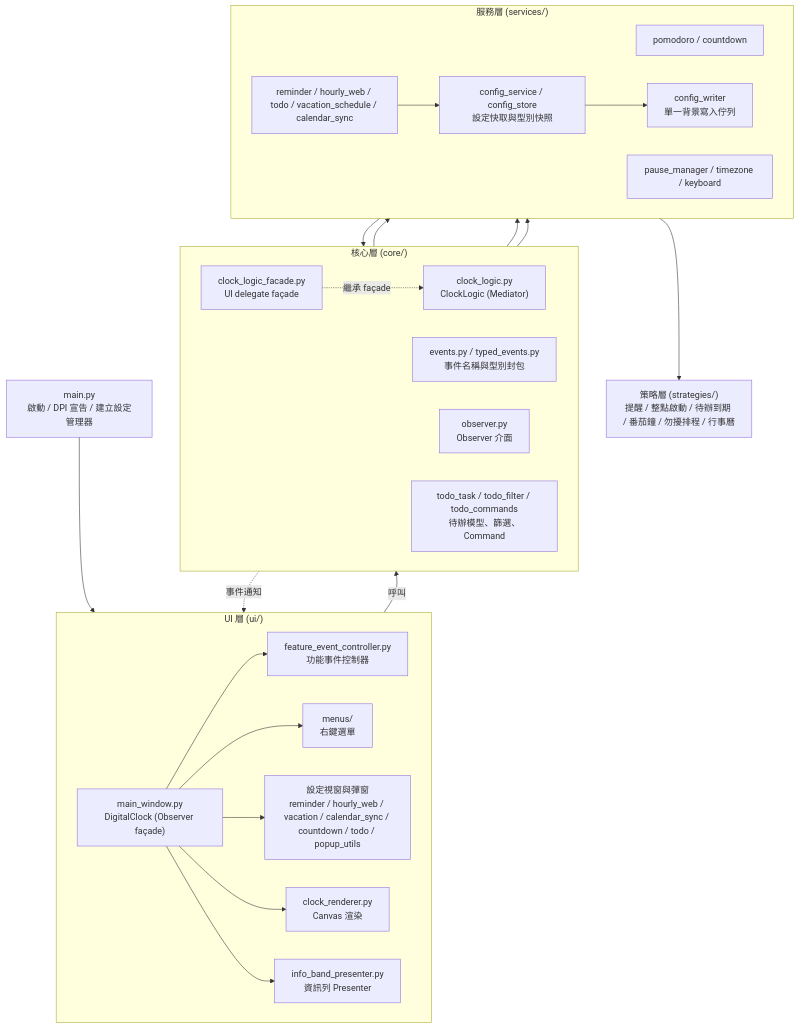
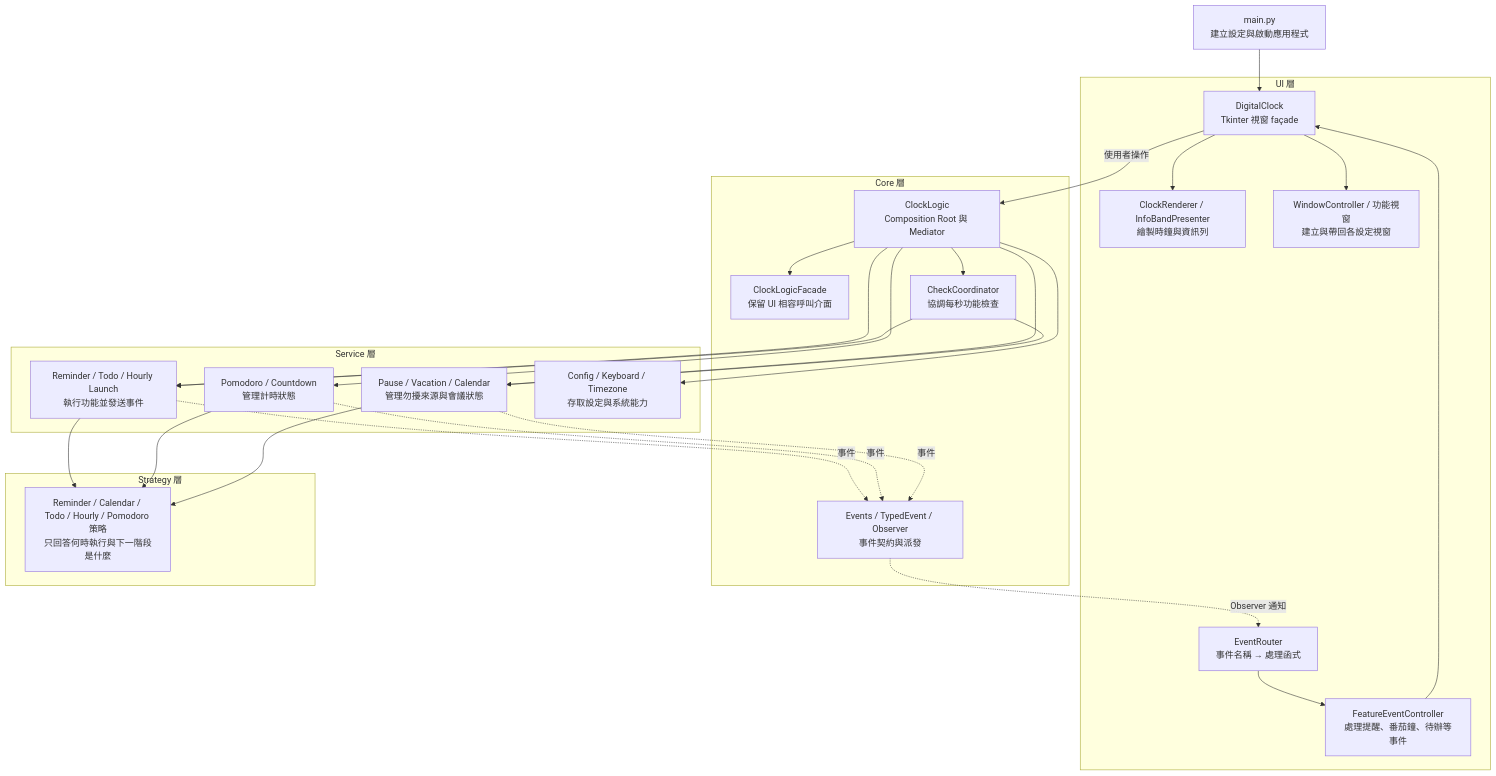
One commit to eric999j/digital_clock changed the diagram in docs/architecture.md. Above: the diagram before and after it, drawn with Mermaid. The commit also changed other lines of this file, not shown here.

````diff
--- a/docs/architecture.md
+++ b/docs/architecture.md
@@ -5,51 +31,52 @@
 ```mermaid
 flowchart TB
-    MAIN["main.py<br/>啟動 / DPI 宣告 / 建立設定管理器"]
+    MAIN["main.py<br/>建立設定與啟動應用程式"]
 
-    subgraph UI_Layer["UI 層 (ui/)"]
-        direction LR
-        WINDOW["main_window.py<br/>DigitalClock (Observer façade)"]
-        F_EVT["feature_event_controller.py<br/>功能事件控制器"]
-        RENDER["clock_renderer.py<br/>Canvas 渲染"]
-        INFO["info_band_presenter.py<br/>資訊列 Presenter"]
-        MENUS["menus/<br/>右鍵選單"]
-        DIALOGS["設定視窗與彈窗<br/>reminder / hourly_web / vacation / calendar_sync / countdown / todo / popup_utils"]
+    subgraph UI["UI 層"]
+        CLOCK["DigitalClock<br/>Tkinter 視窗 façade"]
+        ROUTER["EventRouter<br/>事件名稱 → 處理函式"]
+        EVENT["FeatureEventController<br/>處理提醒、番茄鐘、待辦等事件"]
+        RENDER["ClockRenderer / InfoBandPresenter<br/>繪製時鐘與資訊列"]
+        WINDOWS["WindowController / 功能視窗<br/>建立與帶回各設定視窗"]
     end
 
-    subgraph Core_Layer["核心層 (core/)"]
-        direction LR
-        LOGIC["clock_logic.py<br/>ClockLogic (Mediator)"]
-        FACADE["clock_logic_facade.py<br/>UI delegate façade"]
-        EVT["events.py / typed_events.py<br/>事件名稱與型別封包"]
-        OBS["observer.py<br/>Observer 介面"]
-        TODOCORE["todo_task / todo_filter / todo_commands<br/>待辦模型、篩選、Command"]
+    subgraph CORE["Core 層"]
+        LOGIC["ClockLogic<br/>Composition Root 與 Mediator"]
+        FACADE["ClockLogicFacade<br/>保留 UI 相容呼叫介面"]
+        CHECK["CheckCoordinator<br/>協調每秒功能檢查"]
+        EVENTS["Events / TypedEvent / Observer<br/>事件契約與派發"]
     end
 
-    subgraph Service_Layer["服務層 (services/)"]
-        direction LR
-        POMO["pomodoro / countdown"]
-        REMS["reminder / hourly_web / todo / vacation_schedule / calendar_sync"]
-        MISC["pause_manager / timezone / keyboard"]
-        CFG["config_service / config_store<br/>設定快取與型別快照"]
-        WRITER["config_writer<br/>單一背景寫入佇列"]
+    subgraph SERVICES["Service 層"]
+        REMINDER["Reminder / Todo / Hourly Launch<br/>執行功能並發送事件"]
+        TIMER["Pomodoro / Countdown<br/>管理計時狀態"]
+        QUIET["Pause / Vacation / Calendar<br/>管理勿擾來源與會議狀態"]
+        SYSTEM["Config / Keyboard / Timezone<br/>存取設定與系統能力"]
     end
 
-    STR["策略層 (strategies/)<br/>提醒 / 整點啟動 / 待辦到期 / 番茄鐘 / 勿擾排程 / 行事曆"]
+    subgraph STRATEGIES["Strategy 層"]
+        RULES["Reminder / Calendar / Todo / Hourly / Pomodoro 策略<br/>只回答何時執行與下一階段是什麼"]
+    end
 
-    MAIN --> WINDOW
-    WINDOW --> F_EVT
-    WINDOW --> MENUS
-    WINDOW --> DIALOGS
-    WINDOW --> RENDER
-    WINDOW --> INFO
-    WINDOW -->|呼叫| LOGIC
-    LOGIC -.->|事件通知| WINDOW
-    FACADE -.->|繼承 façade| LOGIC
-    FACADE --> POMO
-    LOGIC --> REMS
-    LOGIC --> MISC
-    REMS --> STR
-    REMS --> TODOCORE
-    REMS --> CFG
-    CFG --> WRITER
+    MAIN --> CLOCK
+    CLOCK -->|使用者操作| LOGIC
+    LOGIC --> FACADE
+    LOGIC --> CHECK
+    LOGIC --> REMINDER
+    LOGIC --> TIMER
+    LOGIC --> QUIET
+    LOGIC --> SYSTEM
+    CHECK --> REMINDER
+    CHECK --> QUIET
+    REMINDER --> RULES
+    TIMER --> RULES
+    QUIET --> RULES
+    REMINDER -.->|事件| EVENTS
+    TIMER -.->|事件| EVENTS
+    QUIET -.->|事件| EVENTS
+    EVENTS -.->|Observer 通知| ROUTER
+    ROUTER --> EVENT
+    EVENT --> CLOCK
+    CLOCK --> RENDER
+    CLOCK --> WINDOWS
 ```
````
